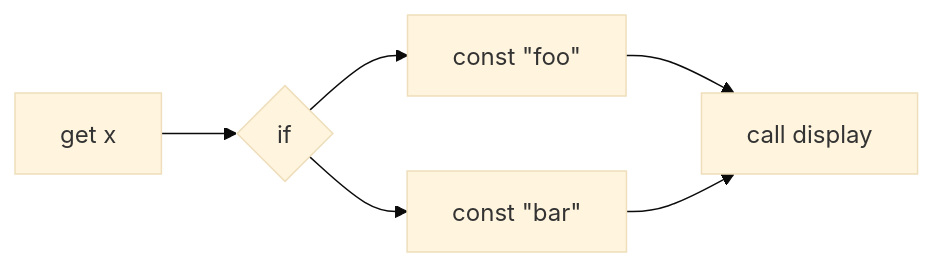
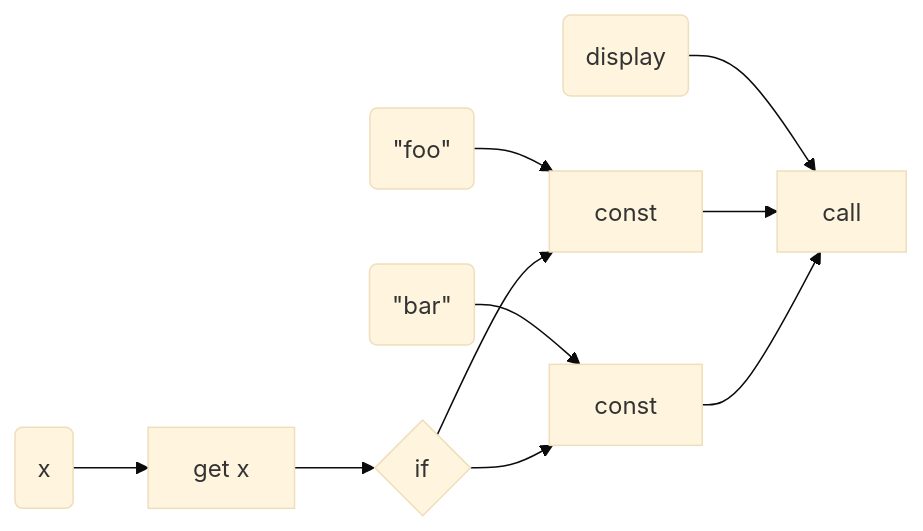
The diagram in slides/papers/stak-scheme/if-instruction.mmd (raviqqe/doc), drawn with Mermaid (base theme) before and after one commit.

```diff
--- a/slides/papers/stak-scheme/if-instruction.mmd
+++ b/slides/papers/stak-scheme/if-instruction.mmd
@@ -1,5 +1,9 @@
 flowchart LR
+  d0(x) --> c0
+  d1(#quot;foo#quot;) --> c2
+  d2(#quot;bar#quot;) --> c3
+  d3(display) --> c4
   c0[get x] --> c1{if}
-  c1 --> c2[const #quot;foo#quot;] --> c4
-  c1 --> c3[const #quot;bar#quot;] --> c4
-  c4[call display]
+  c1 --> c2[const] --> c4
+  c1 --> c3[const] --> c4
+  c4[call]
```
